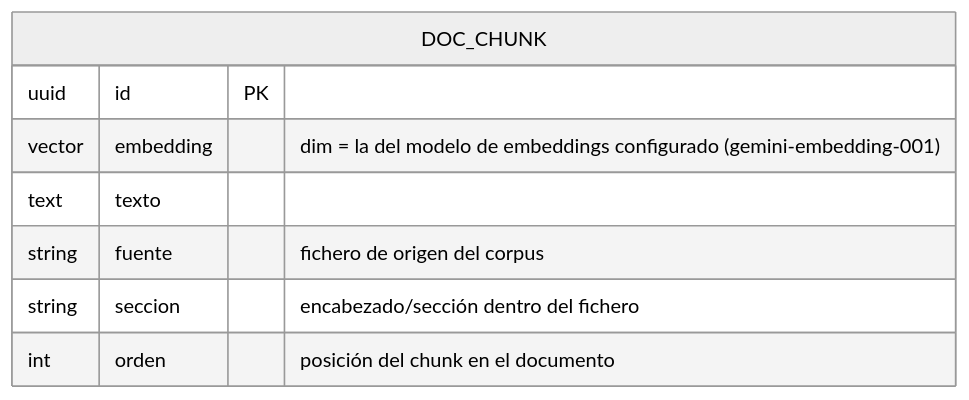
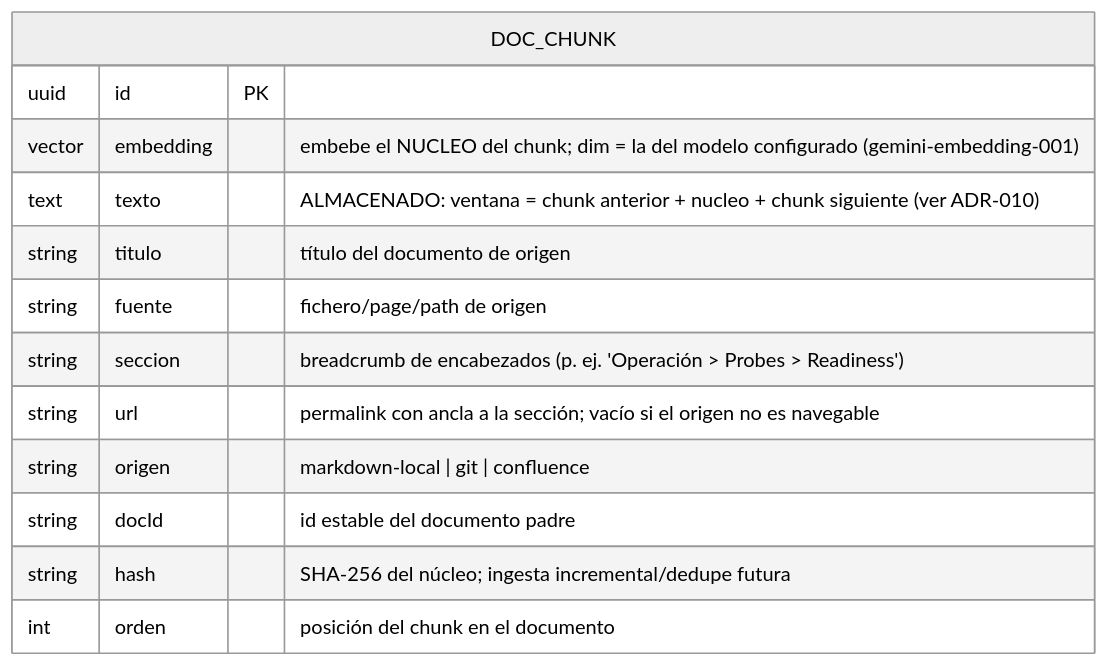
The diagram in autoops/docs/arquitectura/05-contratos-api-datos.md (mikel0ne/ai-platform-portfolio), drawn with Mermaid (neutral theme) before and after one commit. The commit also changed other lines of this file and 4 other files, not shown here.

````diff
--- a/autoops/docs/arquitectura/05-contratos-api-datos.md
+++ b/autoops/docs/arquitectura/05-contratos-api-datos.md
@@ -124,11 +127,16 @@
 ```mermaid
 erDiagram
     DOC_CHUNK {
         uuid   id PK
-        vector embedding "dim = la del modelo de embeddings configurado (gemini-embedding-001)"
-        text   texto
-        string fuente "fichero de origen del corpus"
-        string seccion "encabezado/sección dentro del fichero"
+        vector embedding "embebe el NUCLEO del chunk; dim = la del modelo configurado (gemini-embedding-001)"
+        text   texto "ALMACENADO: ventana = chunk anterior + nucleo + chunk siguiente (ver ADR-010)"
+        string titulo "título del documento de origen"
+        string fuente "fichero/page/path de origen"
+        string seccion "breadcrumb de encabezados (p. ej. 'Operación > Probes > Readiness')"
+        string url "permalink con ancla a la sección; vacío si el origen no es navegable"
+        string origen "markdown-local | git | confluence"
+        string docId "id estable del documento padre"
+        string hash "SHA-256 del núcleo; ingesta incremental/dedupe futura"
         int    orden "posición del chunk en el documento"
     }
 ```
````
